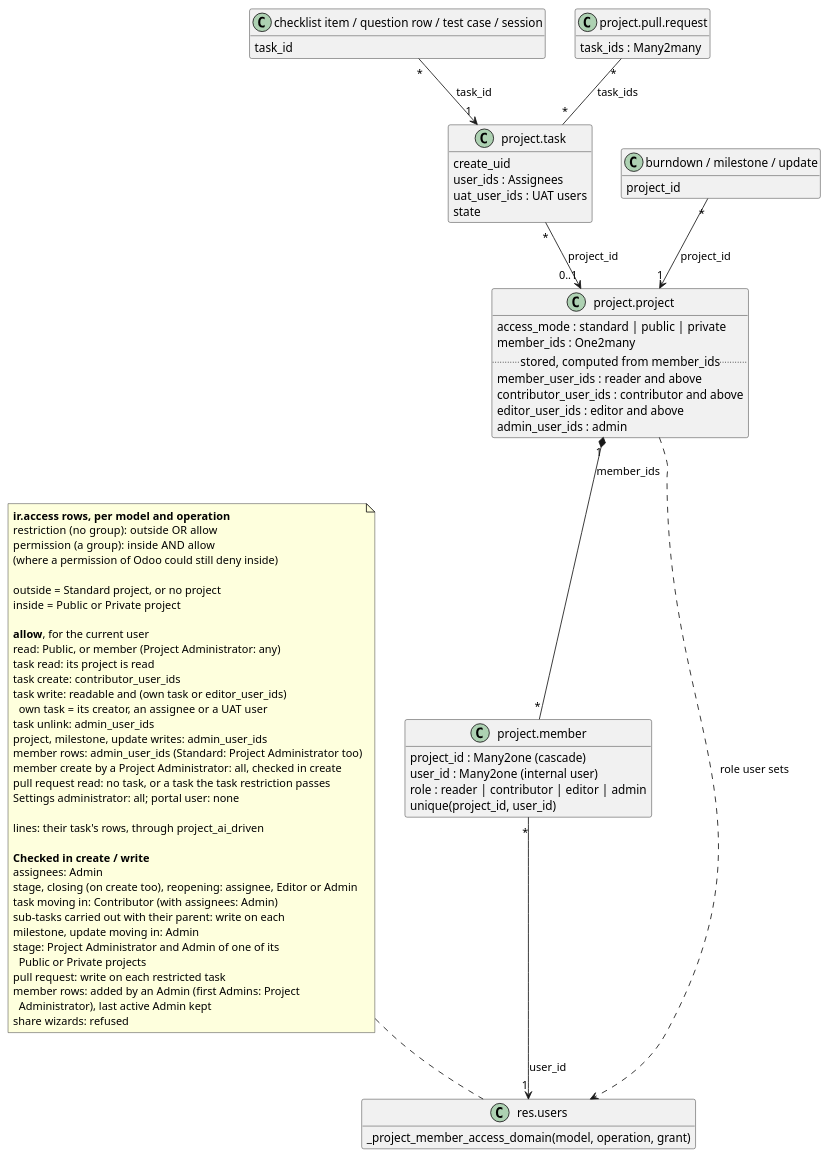
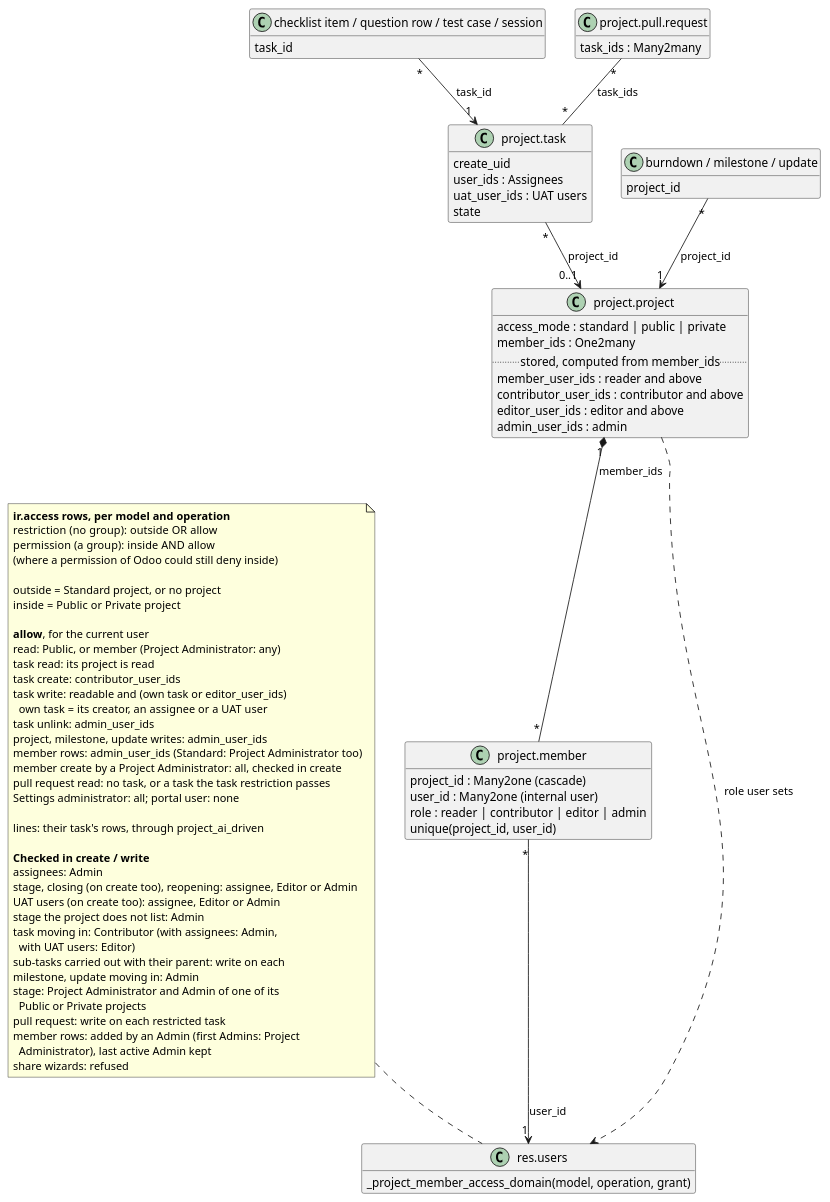
The diagram in project_member_access/readme/access_model.puml (okolovmark/nixodoo-addons), drawn with PlantUML before and after one commit. The commit also changed 14 other files, not shown here.

```diff
--- a/project_member_access/readme/access_model.puml
+++ b/project_member_access/readme/access_model.puml
@@ -1,90 +1,93 @@
 @startuml access_model
 ' Data model and access rows of project_member_access.
 ' Preview: Alt+D (PlantUML extension)
 
 hide empty members
 skinparam classAttributeIconSize 0
 skinparam shadowing false
 skinparam defaultFontName Helvetica
 
 class "project.project" as Project {
   access_mode : standard | public | private
   member_ids : One2many
   .. stored, computed from member_ids ..
   member_user_ids : reader and above
   contributor_user_ids : contributor and above
   editor_user_ids : editor and above
   admin_user_ids : admin
 }
 class "project.member" as Member {
   {field} project_id : Many2one (cascade)
   {field} user_id : Many2one (internal user)
   role : reader | contributor | editor | admin
   {field} unique(project_id, user_id)
 }
 class "res.users" as User {
   _project_member_access_domain(model, operation, grant)
 }
 class "project.task" as Task {
   create_uid
   user_ids : Assignees
   uat_user_ids : UAT users
   state
 }
 class "checklist item / question row / test case / session" as Line {
   task_id
 }
 class "project.pull.request" as PullRequest {
   task_ids : Many2many
 }
 class "burndown / milestone / update" as ProjectRecord {
   project_id
 }
 
 Project "1" *-- "*" Member : member_ids
 Member "*" --> "1" User : user_id
 Project ..> User : role user sets
 Task "*" --> "0..1" Project : project_id
 Line "*" --> "1" Task : task_id
 PullRequest "*" -- "*" Task : task_ids
 ProjectRecord "*" --> "1" Project : project_id
 
 note as Rows
   <b>ir.access rows, per model and operation</b>
   restriction (no group):  outside OR allow
   permission (a group):  inside AND allow
   (where a permission of Odoo could still deny inside)
 
   outside = Standard project, or no project
   inside  = Public or Private project
 
   <b>allow</b>, for the current user
   read: Public, or member (Project Administrator: any)
   task read: its project is read
   task create: contributor_user_ids
   task write: readable and (own task or editor_user_ids)
     own task = its creator, an assignee or a UAT user
   task unlink: admin_user_ids
   project, milestone, update writes: admin_user_ids
   member rows: admin_user_ids (Standard: Project Administrator too)
   member create by a Project Administrator: all, checked in create
   pull request read: no task, or a task the task restriction passes
   Settings administrator: all; portal user: none
 
   lines: their task's rows, through project_ai_driven
 
   <b>Checked in create / write</b>
   assignees: Admin
   stage, closing (on create too), reopening: assignee, Editor or Admin
-  task moving in: Contributor (with assignees: Admin)
+  UAT users (on create too): assignee, Editor or Admin
+  stage the project does not list: Admin
+  task moving in: Contributor (with assignees: Admin,
+    with UAT users: Editor)
   sub-tasks carried out with their parent: write on each
   milestone, update moving in: Admin
   stage: Project Administrator and Admin of one of its
     Public or Private projects
   pull request: write on each restricted task
   member rows: added by an Admin (first Admins: Project
     Administrator), last active Admin kept
   share wizards: refused
 end note
 Rows .. User
 @enduml
```
